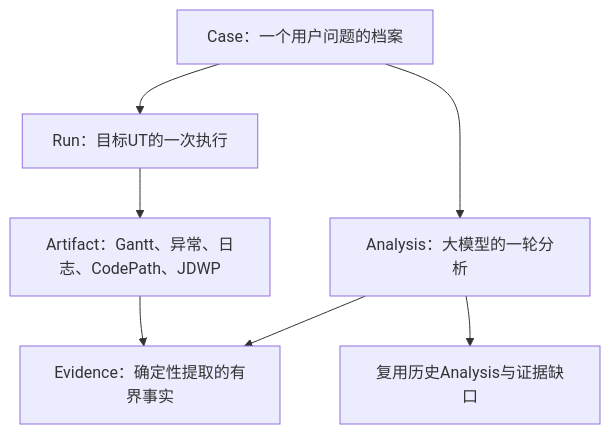
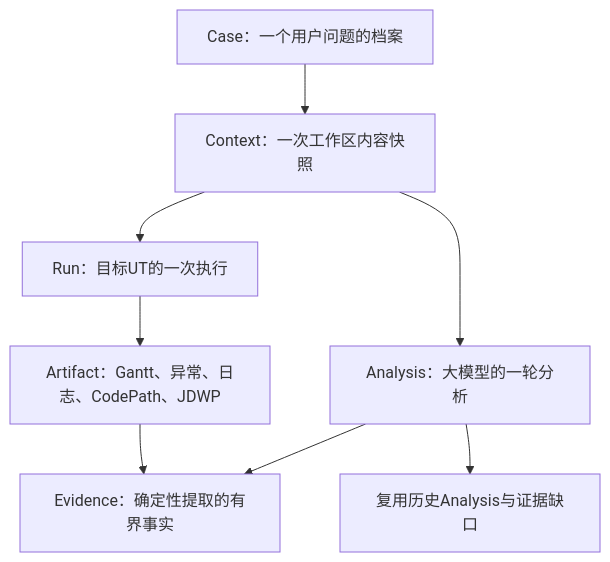
One commit to mh90901119-oss/algorithm-debug-agent changed the first of 3 diagrams in docs/designs/2026-08-12-case-context-run-outcome-multiturn-analysis-design.md. Above: the diagram before and after it, drawn with Mermaid. The commit also changed other lines of this file and 7 other files, not shown here.

````diff
--- a/docs/designs/2026-08-12-case-context-run-outcome-multiturn-analysis-design.md
+++ b/docs/designs/2026-08-12-case-context-run-outcome-multiturn-analysis-design.md
@@ -86,10 +98,11 @@
 ```mermaid
 flowchart TD
     CASE["Case：一个用户问题的档案"]
-    CASE --> RUNS["Run：目标UT的一次执行"]
-    CASE --> ANALYSES["Analysis：大模型的一轮分析"]
+    CASE --> CONTEXTS["Context：一次工作区内容快照"]
+    CONTEXTS --> RUNS["Run：目标UT的一次执行"]
+    CONTEXTS --> ANALYSES["Analysis：大模型的一轮分析"]
     RUNS --> ARTIFACTS["Artifact：Gantt、异常、日志、CodePath、JDWP"]
     ARTIFACTS --> EVIDENCE["Evidence：确定性提取的有界事实"]
     ANALYSES --> EVIDENCE
     ANALYSES --> HISTORY["复用历史Analysis与证据缺口"]
 ```
````
